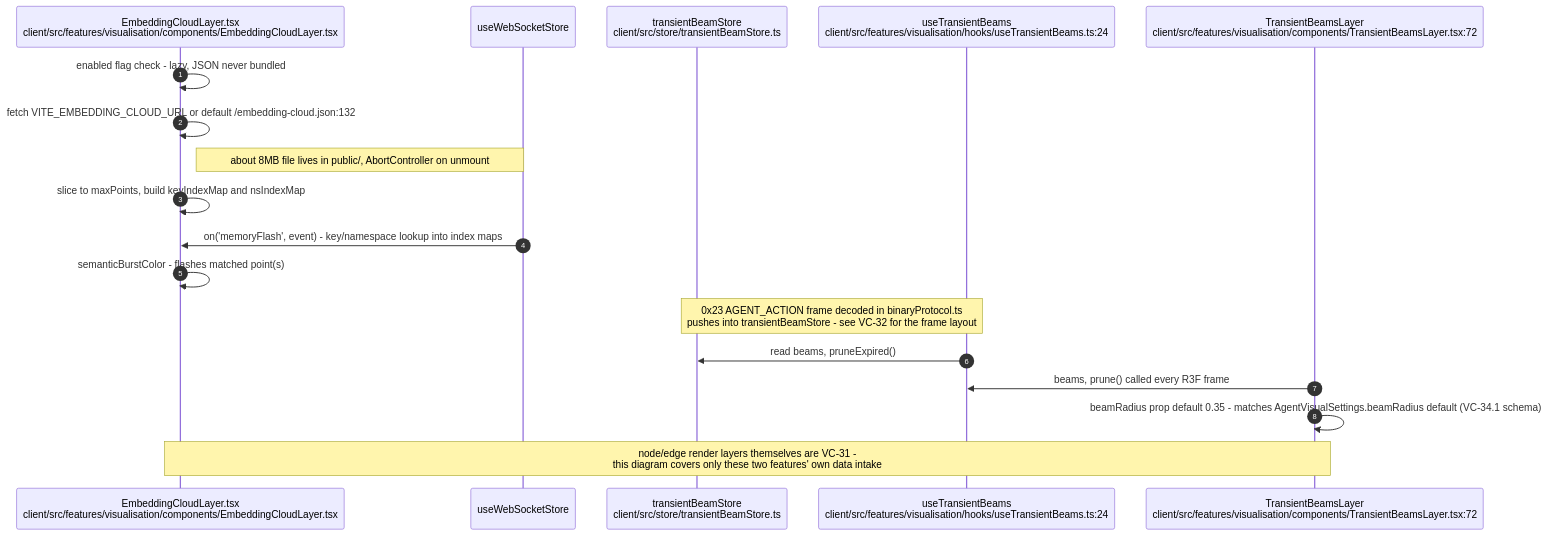
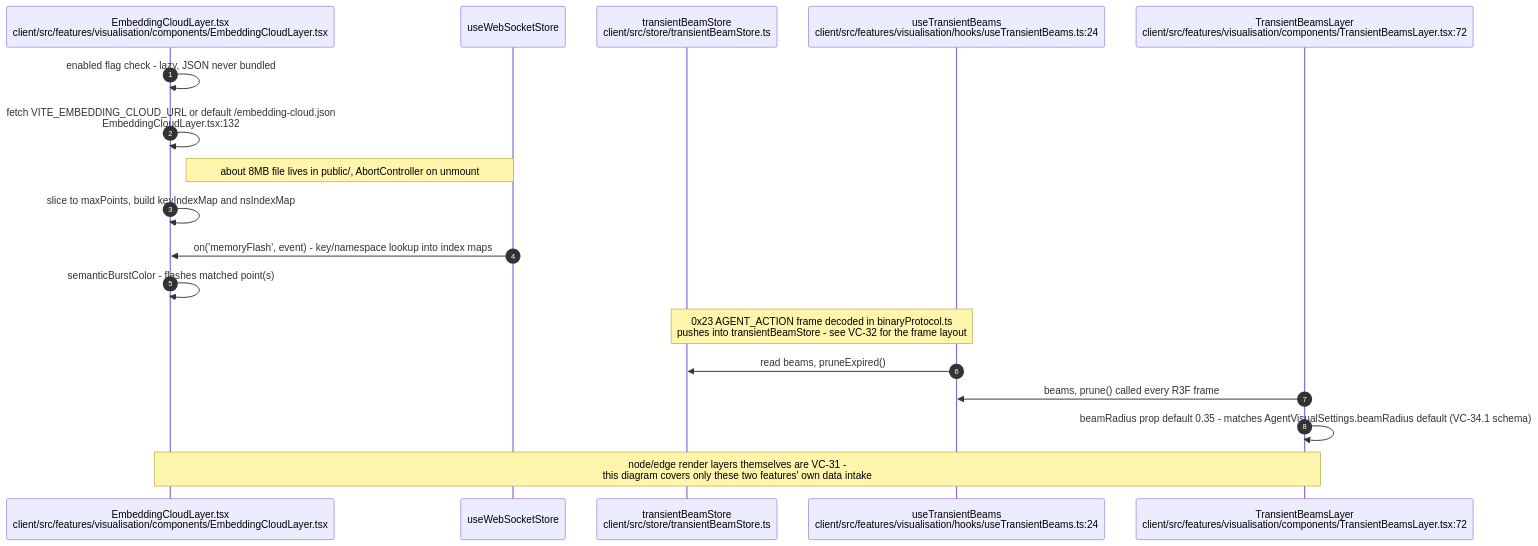
Diagram 20 of 21 in docs/diagrams/visionclaw/34-client-features.md (DreamLab-AI/VisionFlow), drawn with Mermaid before and after one commit. The commit also changed other lines of this file and 185 other files, not shown here.

Commit message:
docs(estate): reconcile diagrams and ADRs with source and define closeout sprint

````diff
--- a/docs/diagrams/visionclaw/34-client-features.md
+++ b/docs/diagrams/visionclaw/34-client-features.md
@@ -639,21 +640,21 @@
 ```mermaid
 sequenceDiagram
     autonumber
     participant ECL as EmbeddingCloudLayer.tsx<br/>client/src/features/visualisation/components/EmbeddingCloudLayer.tsx
     participant WSStore as useWebSocketStore
     participant Store as transientBeamStore<br/>client/src/store/transientBeamStore.ts
     participant TBH as useTransientBeams<br/>client/src/features/visualisation/hooks/useTransientBeams.ts:24
     participant TBL as TransientBeamsLayer<br/>client/src/features/visualisation/components/TransientBeamsLayer.tsx:72
 
     ECL->>ECL: enabled flag check - lazy, JSON never bundled
-    ECL->>ECL: fetch VITE_EMBEDDING_CLOUD_URL or default /embedding-cloud.json:132
+    ECL->>ECL: fetch VITE_EMBEDDING_CLOUD_URL or default /embedding-cloud.json<br/>EmbeddingCloudLayer.tsx:132
     Note right of ECL: about 8MB file lives in public/, AbortController on unmount
     ECL->>ECL: slice to maxPoints, build keyIndexMap and nsIndexMap
     WSStore->>ECL: on('memoryFlash', event) - key/namespace lookup into index maps
     ECL->>ECL: semanticBurstColor - flashes matched point(s)
     Note over Store,TBH: 0x23 AGENT_ACTION frame decoded in binaryProtocol.ts<br/>pushes into transientBeamStore - see VC-32 for the frame layout
     TBH->>Store: read beams, pruneExpired()
     TBL->>TBH: beams, prune() called every R3F frame
     TBL->>TBL: beamRadius prop default 0.35 - matches AgentVisualSettings.beamRadius default (VC-34.1 schema)
     Note over ECL,TBL: node/edge render layers themselves are VC-31 -<br/>this diagram covers only these two features' own data intake
 ```
````
